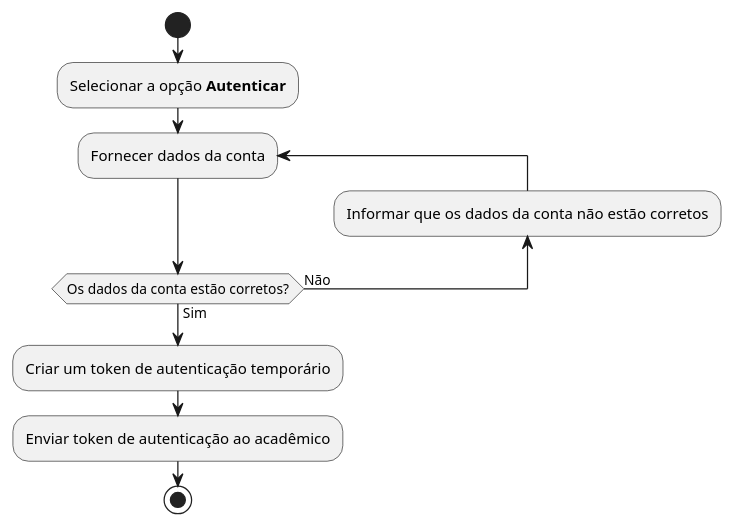
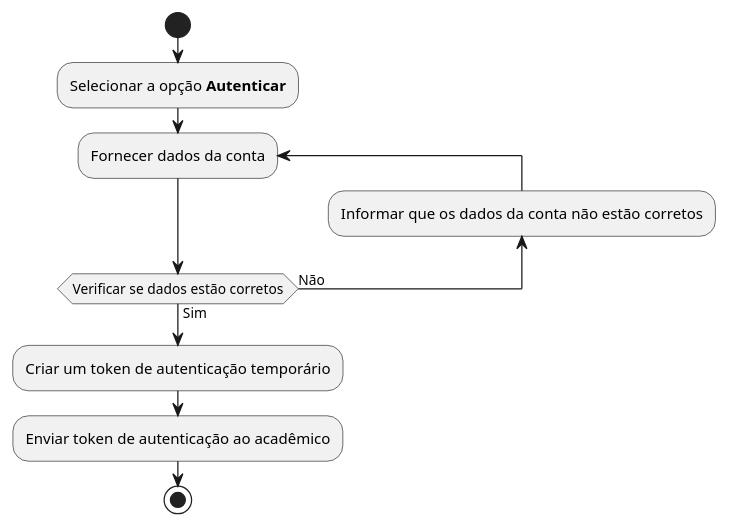
Before and after one commit to arielazzi/desenvolvimento-de-software-I: the diagram in activity-diagrams/autenticar.iuml, drawn with PlantUML. The commit also changed 4 other files, not shown here.

Commit message:
activity-diagrams

```diff
--- a/activity-diagrams/autenticar.iuml
+++ b/activity-diagrams/autenticar.iuml
@@ -1,12 +1,12 @@
 @startuml autenticar
 
 start
 :Selecionar a opção **Autenticar**;
 repeat :Fornecer dados da conta;
 backward :Informar que os dados da conta não estão corretos;
-repeat while (Os dados da conta estão corretos?) is (Não) not (Sim)
+repeat while (Verificar se dados estão corretos) is (Não) not (Sim)
 :Criar um token de autenticação temporário;
 :Enviar token de autenticação ao acadêmico;
 stop
 
 @endtuml
```
